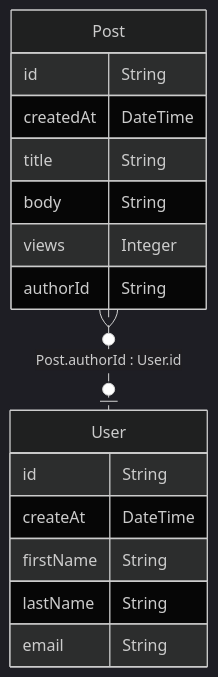
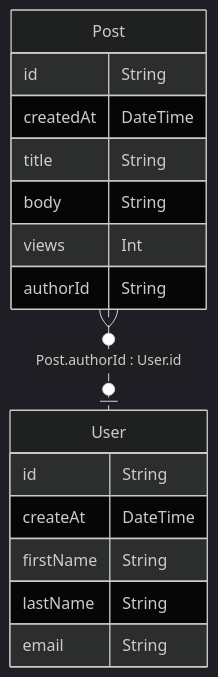
Before and after one commit to HOZHENWAI/py-prisma2markdown: the diagram in tests/fixtures/prisma-examples/databases/mongodb/prisma/schema.md, drawn with Mermaid (dark theme). The commit also changed other lines of this file and 13 other files, not shown here.

````diff
--- a/tests/fixtures/prisma-examples/databases/mongodb/prisma/schema.md
+++ b/tests/fixtures/prisma-examples/databases/mongodb/prisma/schema.md
@@ -2,22 +2,22 @@
 ```mermaid
 erDiagram
 
 User {
     id String
     createAt DateTime
     firstName String
     lastName String
     email String
 }
 
 Post {
     id String
     createdAt DateTime
     title String
     body String
-    views Integer
+    views Int
     authorId String
 }
 
 Post }o..o| User : "Post.authorId : User.id"
 ```
````
